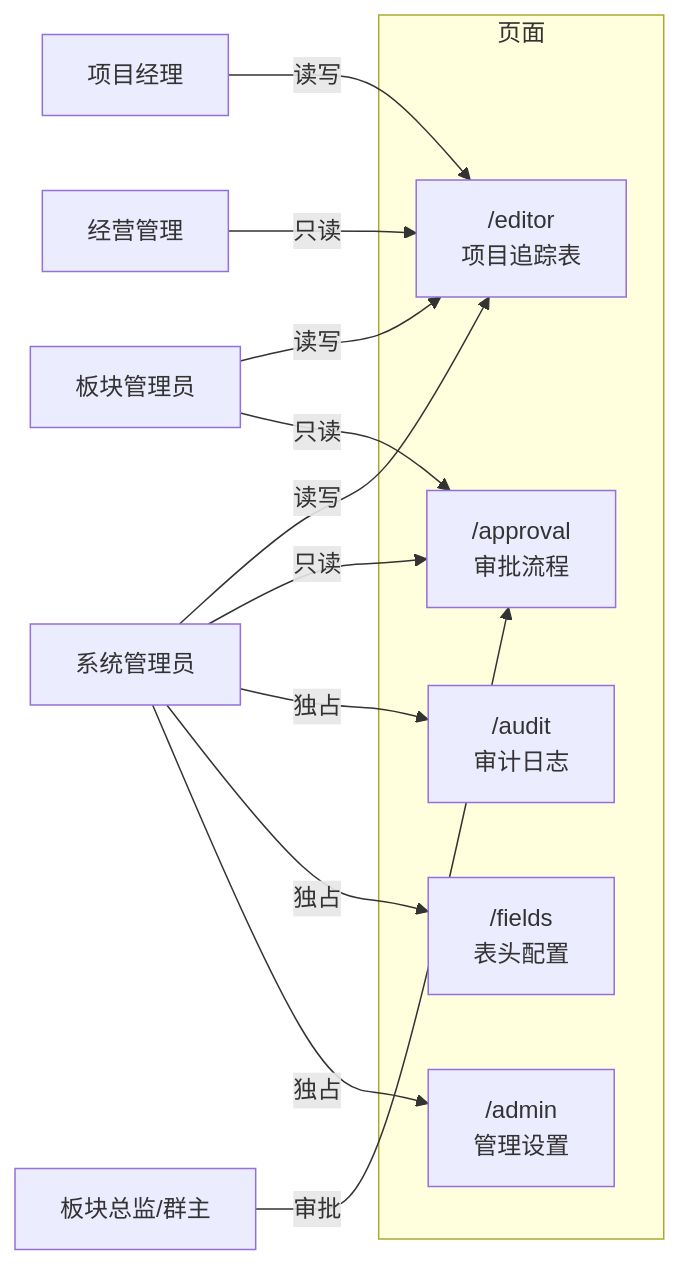
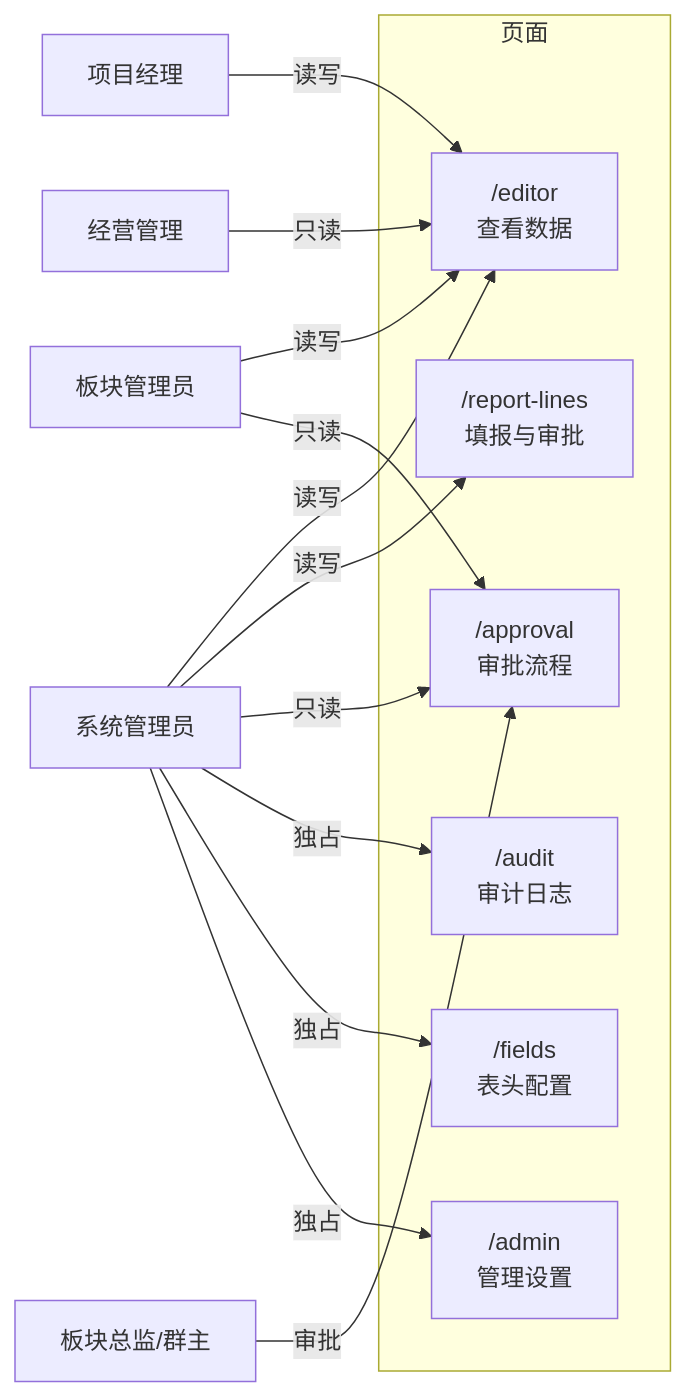
One commit to marcelxu0272/202605_project-tracking-table changed the second of 14 diagrams in docs/需求文档/需求文档_产品版.md. Above: the diagram before and after it, drawn with Mermaid. The commit also changed other lines of this file and 54 other files, not shown here.

````diff
--- a/docs/需求文档/需求文档_产品版.md
+++ b/docs/需求文档/需求文档_产品版.md
@@ -251,21 +268,23 @@
 ```mermaid
 flowchart LR
     subgraph 页面
-        EDITOR["/editor<br/>项目追踪表"]
+        EDITOR["/editor<br/>查看数据"]
+        REPORT["/report-lines<br/>填报与审批"]
         APPROVAL["/approval<br/>审批流程"]
         AUDIT["/audit<br/>审计日志"]
         FIELDS["/fields<br/>表头配置"]
         ADMIN["/admin<br/>管理设置"]
     end
     ADM["系统管理员"] -->|读写| EDITOR
+    ADM -->|读写| REPORT
     ADM -->|只读| APPROVAL
     ADM -->|独占| AUDIT
     ADM -->|独占| FIELDS
     ADM -->|独占| ADMIN
     PM["项目经理"] -->|读写| EDITOR
     SA["板块管理员"] -->|读写| EDITOR
     SA -->|只读| APPROVAL
     DR["板块总监/群主"] -->|审批| APPROVAL
     EV["经营管理"] -->|只读| EDITOR
 
 ```
````
